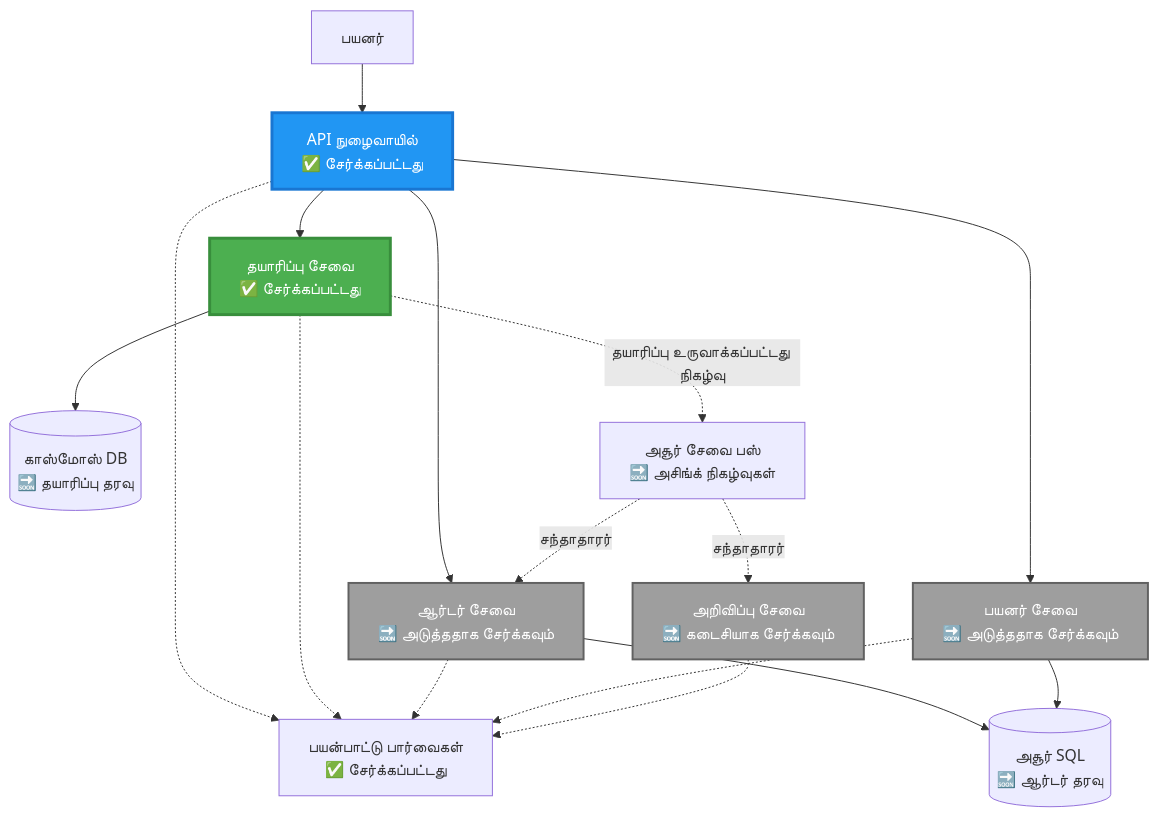
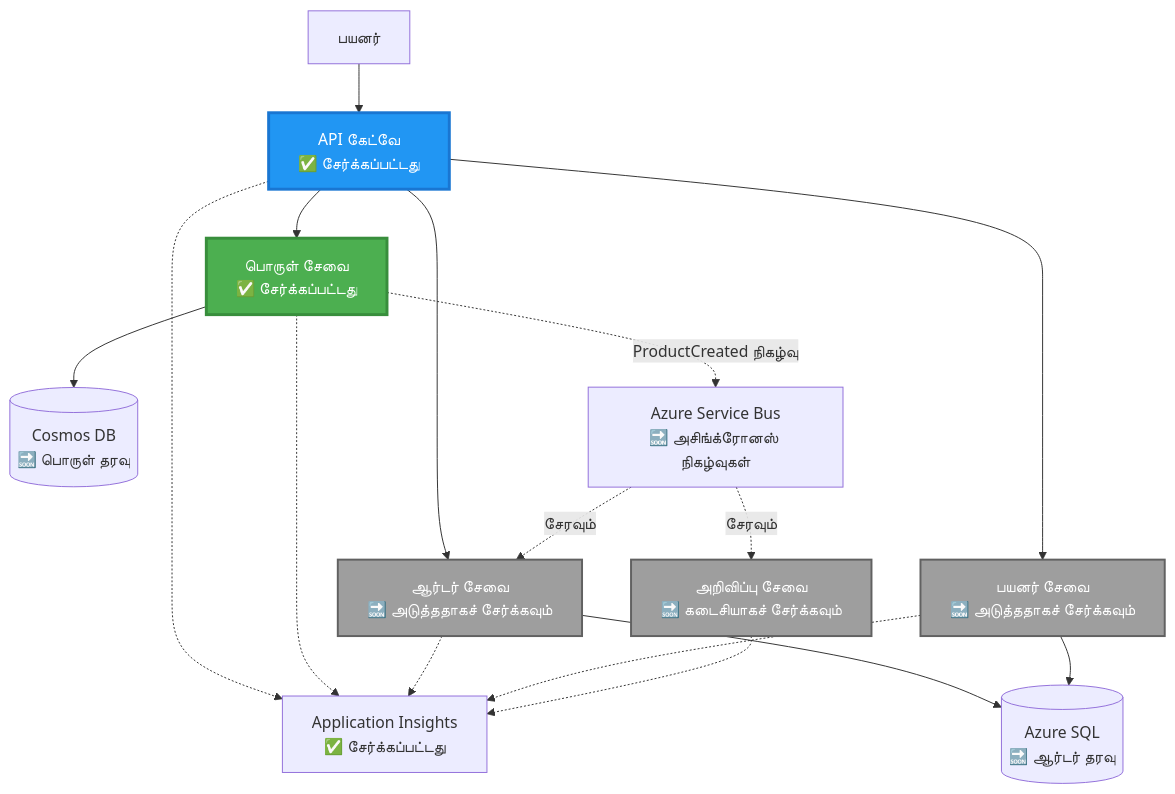
One commit to microsoft/AZD-for-beginners changed the second of 4 diagrams in translations/ta/examples/microservices/README.md. Above: the diagram before and after it, drawn with Mermaid. The commit also changed other lines of this file and 245 other files, not shown here.

````diff
--- a/translations/ta/examples/microservices/README.md
+++ b/translations/ta/examples/microservices/README.md
@@ -78,39 +69,39 @@
 ```mermaid
 graph TB
     User[பயனர்]
-    Gateway[API நுழைவாயில்<br/>✅ சேர்க்கப்பட்டது]
-    Product[தயாரிப்பு சேவை<br/>✅ சேர்க்கப்பட்டது]
-    Order[ஆர்டர் சேவை<br/>🔜 அடுத்ததாக சேர்க்கவும்]
-    UserSvc[பயனர் சேவை<br/>🔜 அடுத்ததாக சேர்க்கவும்]
-    Notify[அறிவிப்பு சேவை<br/>🔜 கடைசியாக சேர்க்கவும்]
+    Gateway[API கேட்வே<br/>✅ சேர்க்கப்பட்டது]
+    Product[பொருள் சேவை<br/>✅ சேர்க்கப்பட்டது]
+    Order[ஆர்டர் சேவை<br/>🔜 அடுத்ததாகச் சேர்க்கவும்]
+    UserSvc[பயனர் சேவை<br/>🔜 அடுத்ததாகச் சேர்க்கவும்]
+    Notify[அறிவிப்பு சேவை<br/>🔜 கடைசியாகச் சேர்க்கவும்]
     
-    CosmosDB[(காஸ்மோஸ் DB<br/>🔜 தயாரிப்பு தரவு)]
-    AzureSQL[(அசூர் SQL<br/>🔜 ஆர்டர் தரவு)]
-    ServiceBus[அசூர் சேவை பஸ்<br/>🔜 அசிங்க் நிகழ்வுகள்]
-    AppInsights[பயன்பாட்டு பார்வைகள்<br/>✅ சேர்க்கப்பட்டது]
+    CosmosDB[(Cosmos DB<br/>🔜 பொருள் தரவு)]
+    AzureSQL[(Azure SQL<br/>🔜 ஆர்டர் தரவு)]
+    ServiceBus[Azure Service Bus<br/>🔜 அசிங்க்ரோனஸ் நிகழ்வுகள்]
+    AppInsights[Application Insights<br/>✅ சேர்க்கப்பட்டது]
     
     User --> Gateway
     Gateway --> Product
     Gateway --> Order
     Gateway --> UserSvc
     
     Product --> CosmosDB
     Order --> AzureSQL
     UserSvc --> AzureSQL
     
-    Product -.->|தயாரிப்பு உருவாக்கப்பட்டது நிகழ்வு| ServiceBus
-    ServiceBus -.->|சந்தாதாரர்| Notify
-    ServiceBus -.->|சந்தாதாரர்| Order
+    Product -.->|ProductCreated நிகழ்வு| ServiceBus
+    ServiceBus -.->|சேரவும்| Notify
+    ServiceBus -.->|சேரவும்| Order
     
     Gateway -.-> AppInsights
     Product -.-> AppInsights
     Order -.-> AppInsights
     UserSvc -.-> AppInsights
     Notify -.-> AppInsights
     
     style Product fill:#4CAF50,stroke:#388E3C,stroke-width:3px,color:#fff
     style Gateway fill:#2196F3,stroke:#1976D2,stroke-width:3px,color:#fff
     style Order fill:#9E9E9E,stroke:#616161,stroke-width:2px,color:#fff
     style UserSvc fill:#9E9E9E,stroke:#616161,stroke-width:2px,color:#fff
     style Notify fill:#9E9E9E,stroke:#616161,stroke-width:2px,color:#fff
 ```
````
